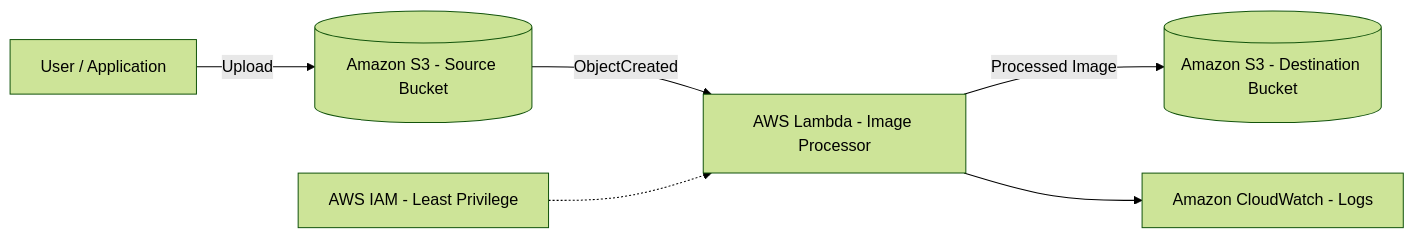
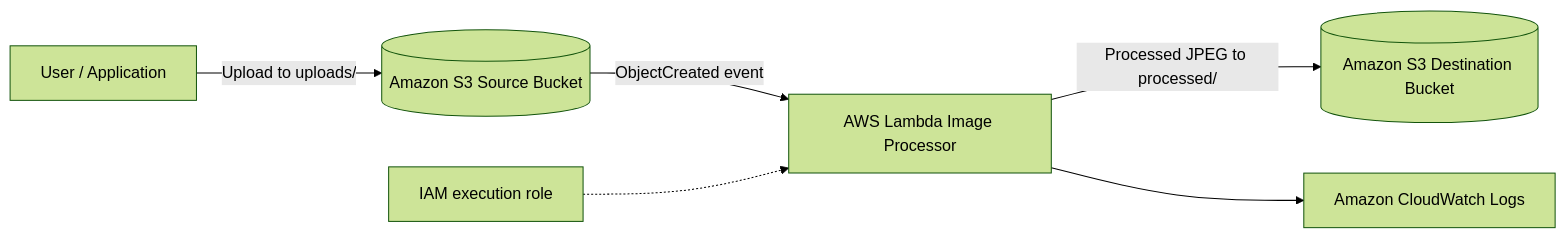
One commit to nikhilmastud/Automated-Image-Processing-System changed the second of 2 diagrams in README.md. Above: the diagram before and after it, drawn with Mermaid (forest theme). The commit also changed other lines of this file, not shown here.

Commit message:
Document Jenkins CI/CD and deployed image processing workflow

````diff
--- a/README.md
+++ b/README.md
@@ -7,8 +21,8 @@
-~~~mermaid
+```mermaid
 flowchart LR
-    U[User / Application] -->|Upload| S1[(Amazon S3 - Source Bucket)]
-    S1 -->|ObjectCreated| L[AWS Lambda - Image Processor]
-    L -->|Processed Image| S2[(Amazon S3 - Destination Bucket)]
-    L --> CW[Amazon CloudWatch - Logs]
-    IAM[AWS IAM - Least Privilege] -.-> L
-~~~
+    U[User / Application] -->|Upload to uploads/| S1[(Amazon S3 Source Bucket)]
+    S1 -->|ObjectCreated event| L[AWS Lambda Image Processor]
+    L -->|Processed JPEG to processed/| S2[(Amazon S3 Destination Bucket)]
+    L --> CW[Amazon CloudWatch Logs]
+    IAM[IAM execution role] -.-> L
+```
````
